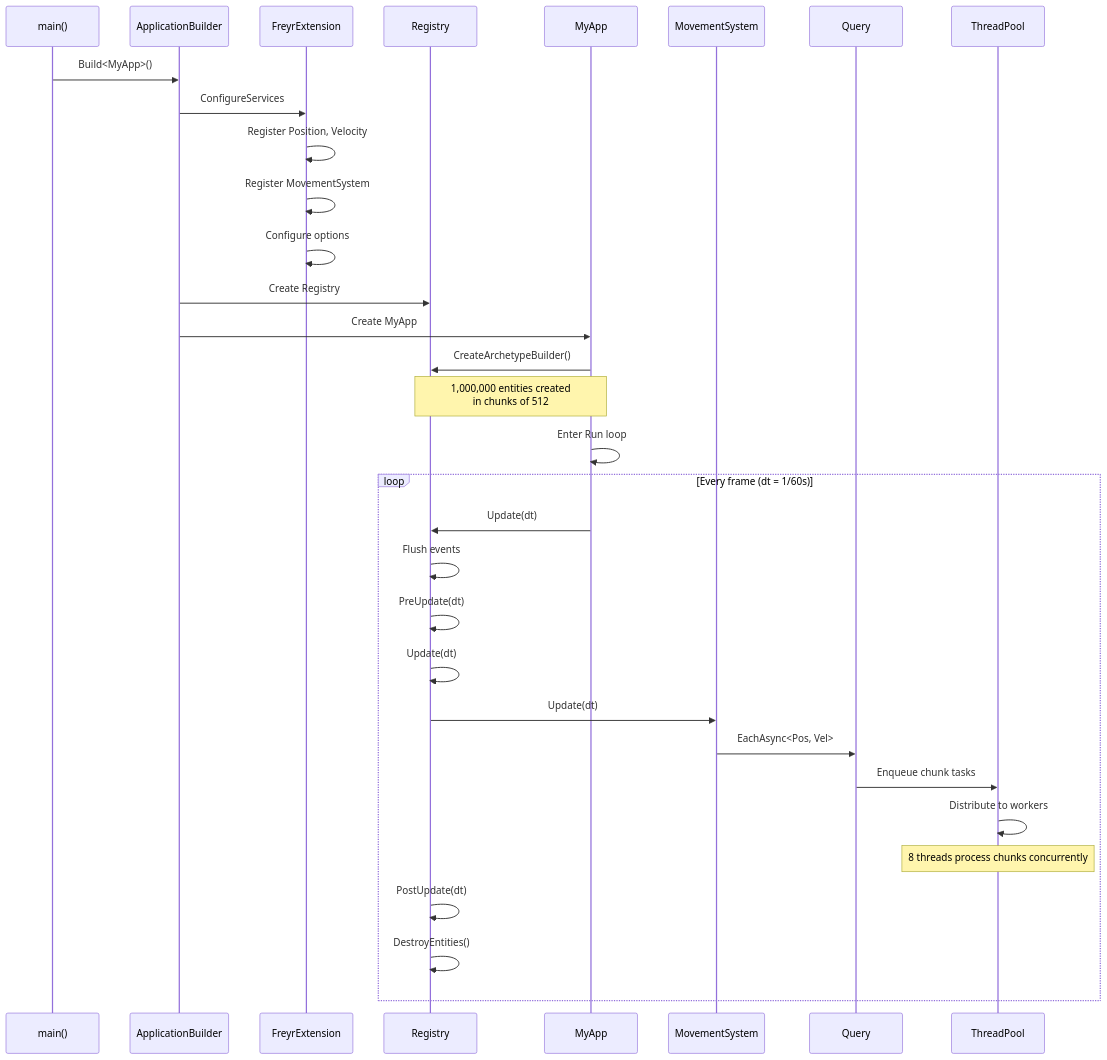
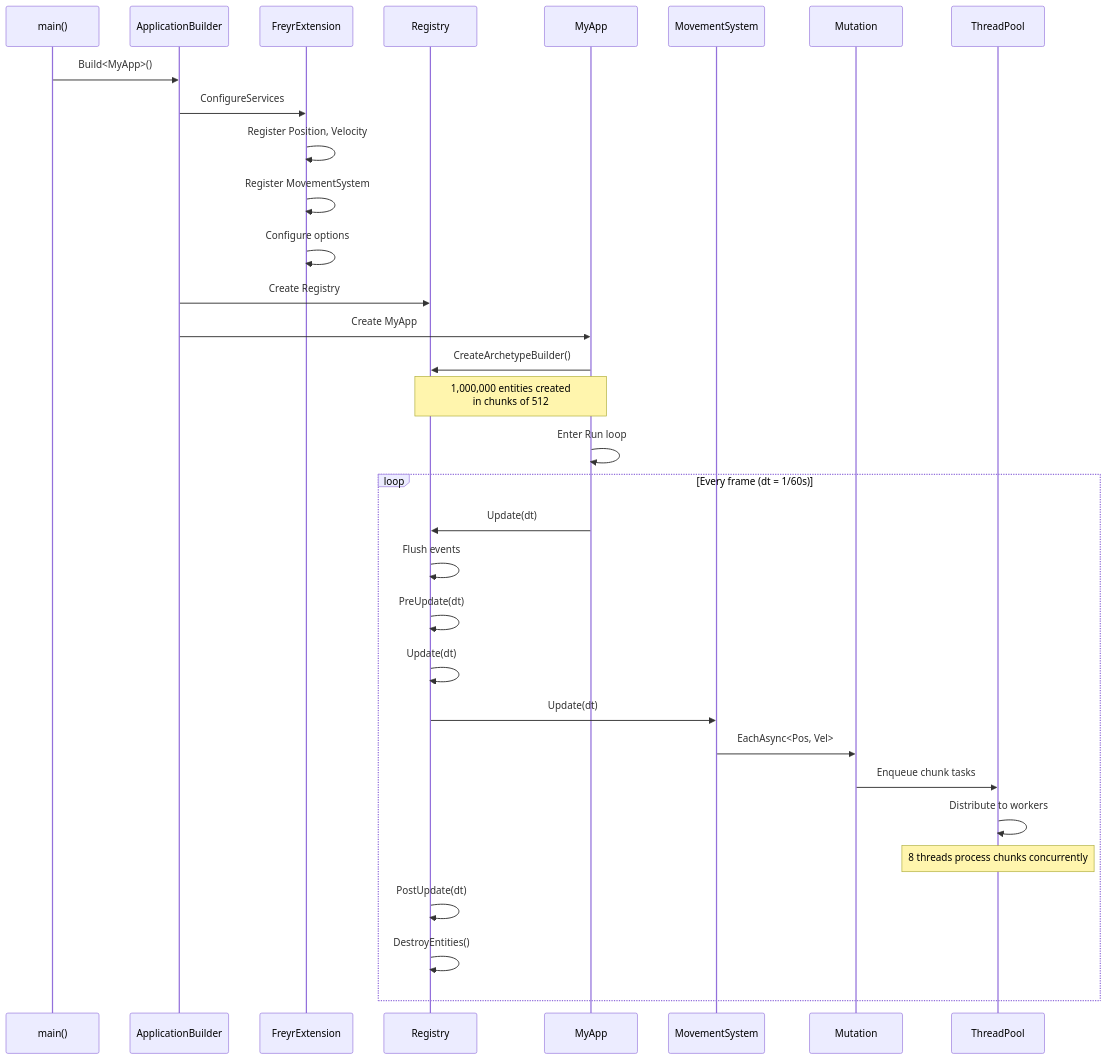
One commit to gilmar-sales/Freyr changed the first of 2 diagrams in docs/getting-started/quick-start.md. Above: the diagram before and after it, drawn with Mermaid. The commit also changed other lines of this file and 24 other files, not shown here.

````diff
--- a/docs/getting-started/quick-start.md
+++ b/docs/getting-started/quick-start.md
@@ -144,33 +144,33 @@
 ```mermaid
 sequenceDiagram
     participant Main as main()
     participant Builder as ApplicationBuilder
     participant Extension as FreyrExtension
     participant Registry as Registry
     participant App as MyApp
 
     Main->>Builder: Build<MyApp>()
     Builder->>Extension: ConfigureServices
     Extension->>Extension: Register Position, Velocity
     Extension->>Extension: Register MovementSystem
     Extension->>Extension: Configure options
     Builder->>Registry: Create Registry
     Builder->>App: Create MyApp
     App->>Registry: CreateArchetypeBuilder()
     Note over App,Registry: 1,000,000 entities created<br/>in chunks of 512
     App->>App: Enter Run loop
 
     loop Every frame (dt = 1/60s)
         App->>Registry: Update(dt)
         Registry->>Registry: Flush events
         Registry->>Registry: PreUpdate(dt)
         Registry->>Registry: Update(dt)
         Registry->>MovementSystem: Update(dt)
-        MovementSystem->>Query: EachAsync<Pos, Vel>
-        Query->>ThreadPool: Enqueue chunk tasks
+        MovementSystem->>Mutation: EachAsync<Pos, Vel>
+        Mutation->>ThreadPool: Enqueue chunk tasks
         ThreadPool->>ThreadPool: Distribute to workers
         Note over ThreadPool: 8 threads process chunks concurrently
         Registry->>Registry: PostUpdate(dt)
         Registry->>Registry: DestroyEntities()
     end
 ```
````
